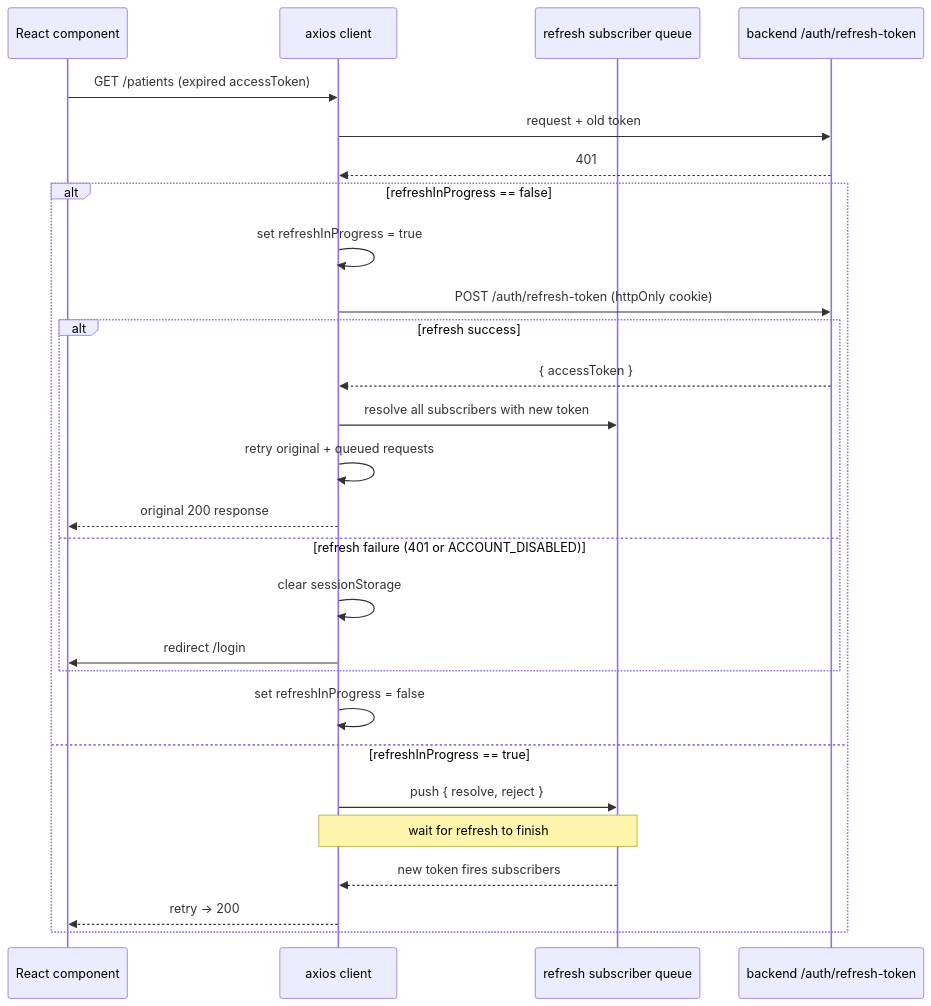
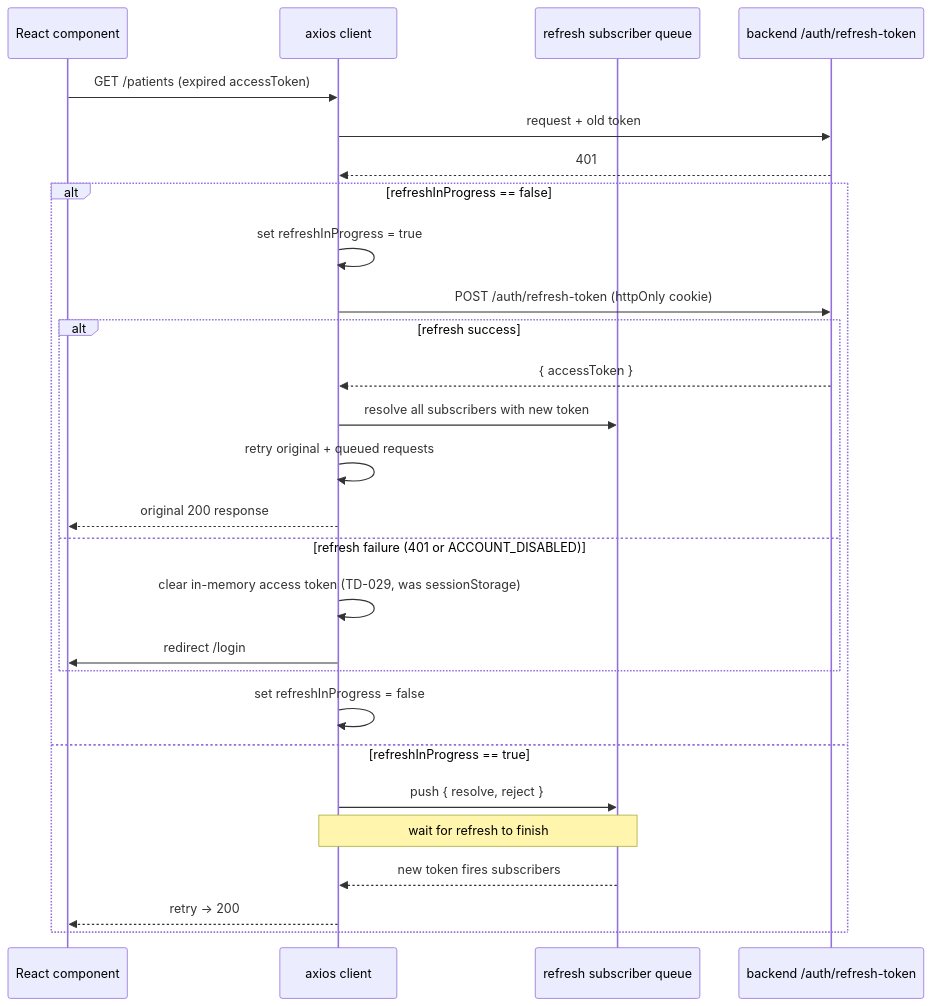
One commit to urvagandhi/Hospital-Management changed the seventh of 30 diagrams in docs/audit/03-architecture-diagrams.md. Above: the diagram before and after it, drawn with Mermaid. The commit also changed other lines of this file and 17 other files, not shown here.

````diff
--- a/docs/audit/03-architecture-diagrams.md
+++ b/docs/audit/03-architecture-diagrams.md
@@ -311,30 +311,30 @@
 ```mermaid
 sequenceDiagram
   participant UI as React component
   participant AX as axios client
   participant Q as refresh subscriber queue
   participant API as backend /auth/refresh-token
 
   UI->>AX: GET /patients (expired accessToken)
   AX->>API: request + old token
   API-->>AX: 401
   alt refreshInProgress == false
     AX->>AX: set refreshInProgress = true
     AX->>API: POST /auth/refresh-token (httpOnly cookie)
     alt refresh success
       API-->>AX: { accessToken }
       AX->>Q: resolve all subscribers with new token
       AX->>AX: retry original + queued requests
       AX-->>UI: original 200 response
     else refresh failure (401 or ACCOUNT_DISABLED)
-      AX->>AX: clear sessionStorage
+      AX->>AX: clear in-memory access token (TD-029, was sessionStorage)
       AX->>UI: redirect /login
     end
     AX->>AX: set refreshInProgress = false
   else refreshInProgress == true
     AX->>Q: push { resolve, reject }
     Note over AX,Q: wait for refresh to finish
     Q-->>AX: new token fires subscribers
     AX-->>UI: retry → 200
   end
 ```
````
